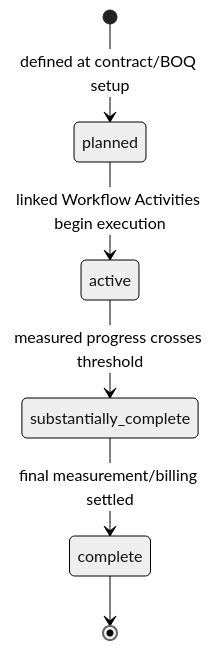
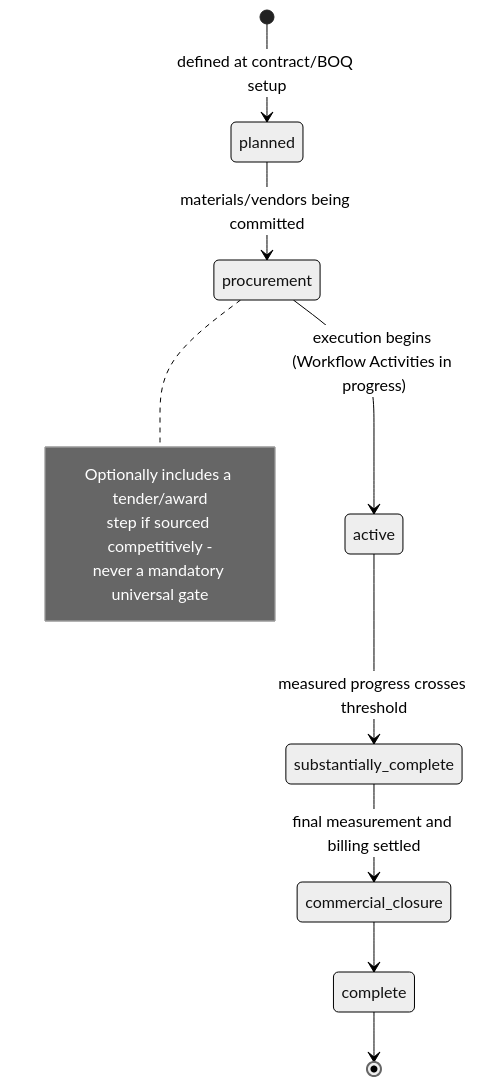
The second of 6 diagrams in memory/COMMERCIAL_FOUNDATION_ENGINE.md (ujjwalahuja1111-ops/Atlas), drawn with Mermaid (neutral theme) before and after one commit. The commit also changed other lines of this file, not shown here.

````diff
--- a/memory/COMMERCIAL_FOUNDATION_ENGINE.md
+++ b/memory/COMMERCIAL_FOUNDATION_ENGINE.md
@@ -135,8 +177,16 @@
 ```mermaid
 stateDiagram-v2
     [*] --> planned: defined at contract/BOQ setup
-    planned --> active: linked Workflow Activities begin execution
+    planned --> procurement: materials/vendors being committed
+    procurement --> active: execution begins (Workflow Activities in progress)
     active --> substantially_complete: measured progress crosses threshold
-    substantially_complete --> complete: final measurement/billing settled
+    substantially_complete --> commercial_closure: final measurement and billing settled
+    commercial_closure --> complete
     complete --> [*]
+
+    note right of procurement
+        Optionally includes a tender/award
+        step if sourced competitively -
+        never a mandatory universal gate
+    end note
 ```
````
